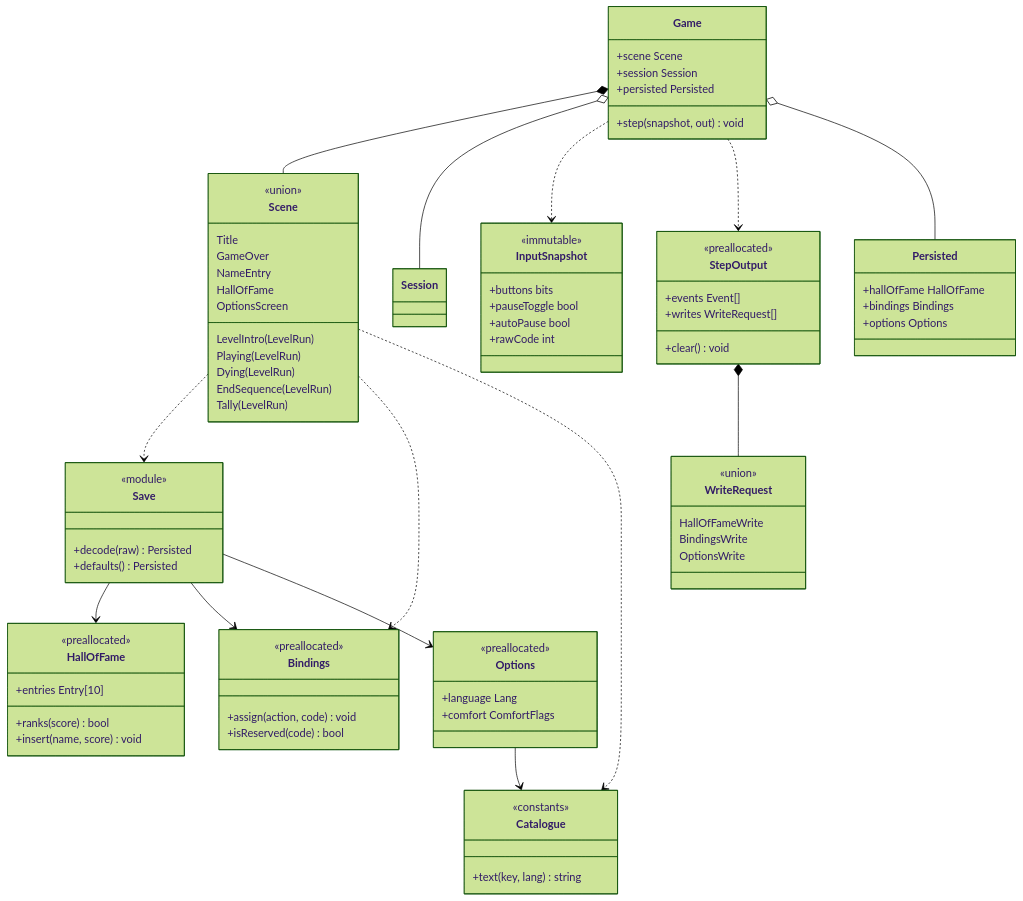
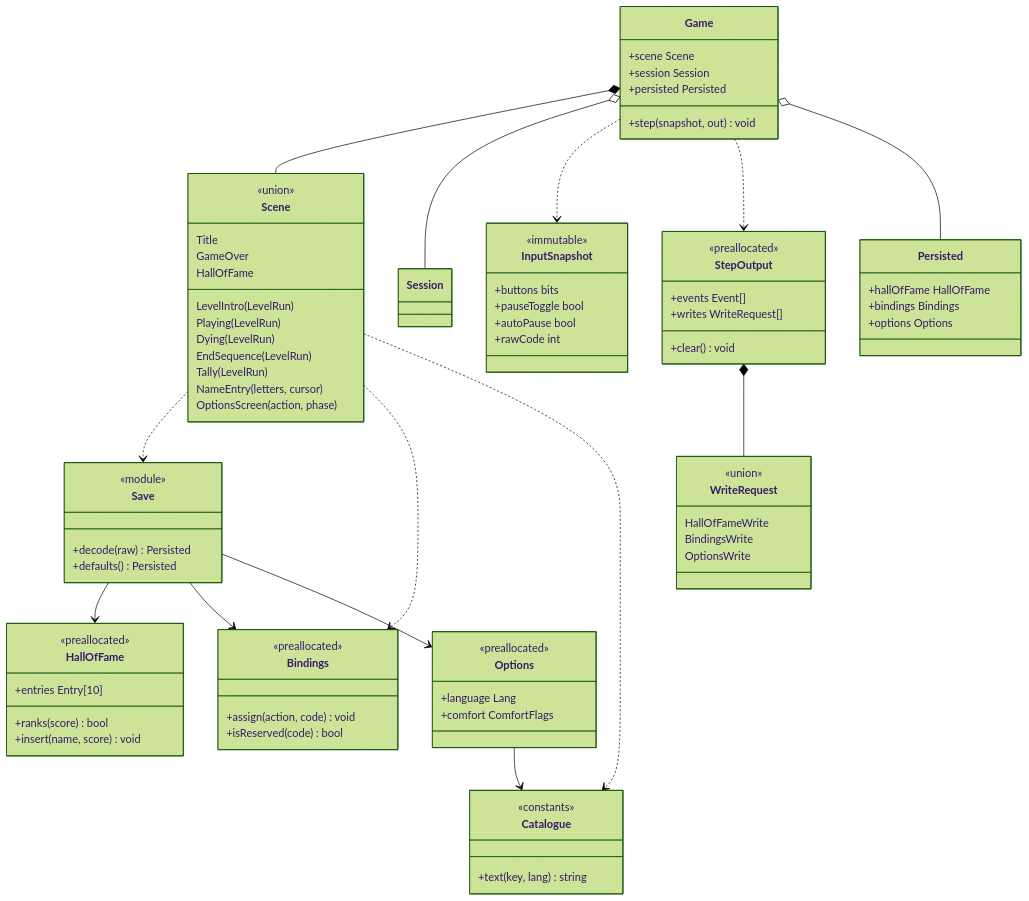
Before and after one commit to benoit-bremaud/retro-plumber: the diagram in docs/architecture/diagrams/meta/15-class-meta.md, drawn with Mermaid (forest theme). The commit also changed other lines of this file, not shown here.

Commit message:
docs(uml): scene state fields, step shorthand note (#8)

```diff
--- a/docs/architecture/diagrams/meta/15-class-meta.md
+++ b/docs/architecture/diagrams/meta/15-class-meta.md
@@ -28,9 +28,9 @@
         EndSequence(LevelRun)
         Tally(LevelRun)
         GameOver
-        NameEntry
+        NameEntry(letters, cursor)
         HallOfFame
-        OptionsScreen
+        OptionsScreen(action, phase)
     }
     class InputSnapshot {
         <<immutable>>
```
